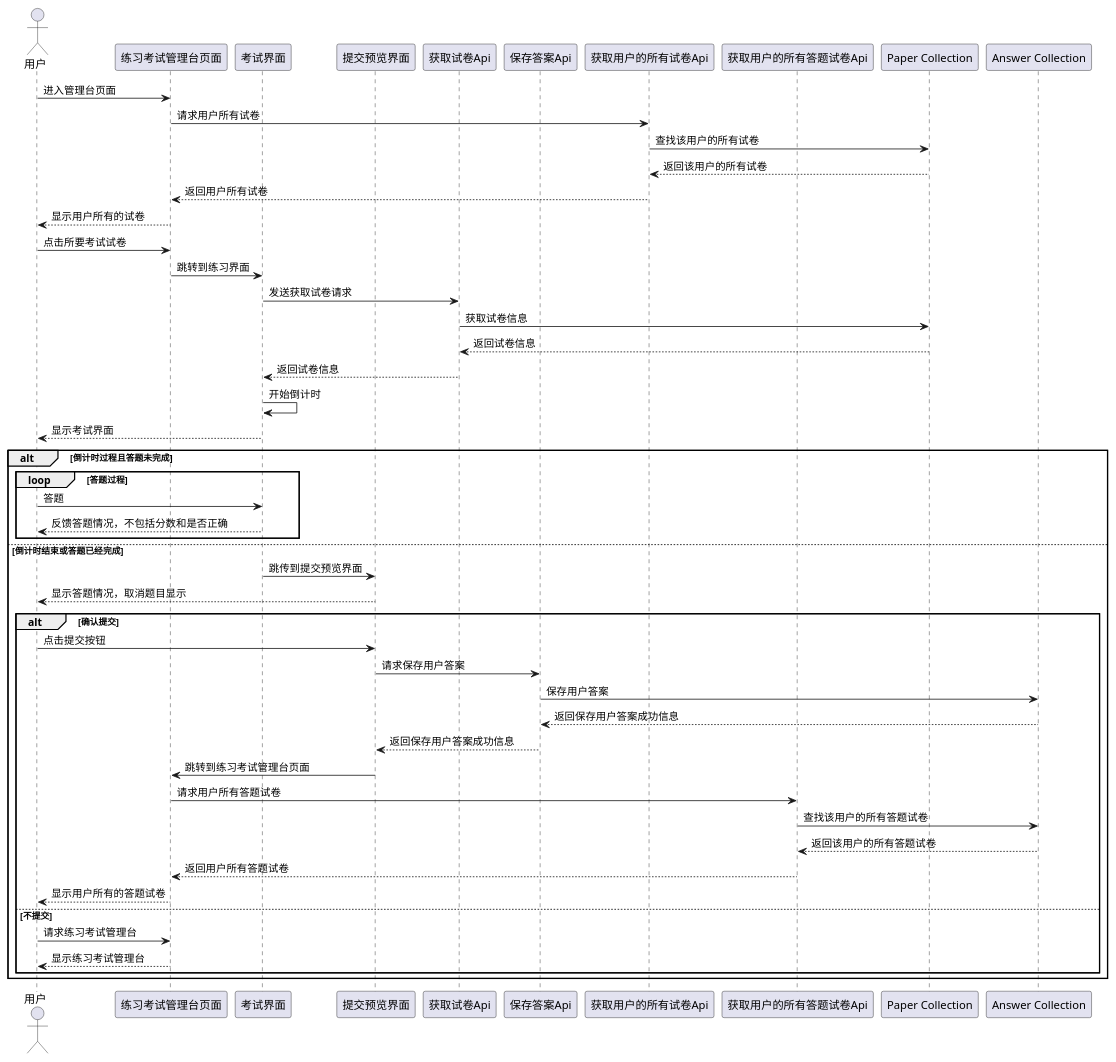
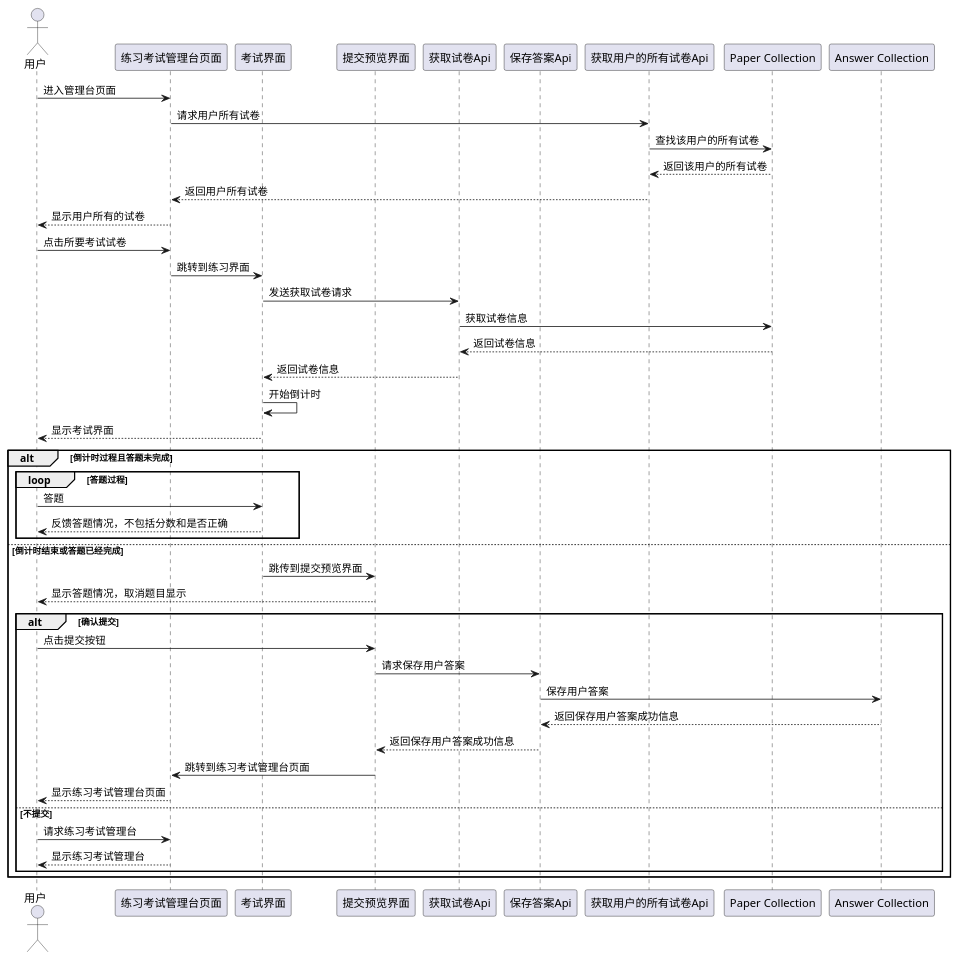
One commit to ringoyungpo/cetutor-doc changed diagram 12 of 13 in cetutor.md. Above: the diagram before and after it, drawn with PlantUML.

Commit message:
fix test complete

````diff
--- a/cetutor.md
+++ b/cetutor.md
@@ -709,53 +709,48 @@
 ```puml
 actor 用户 as A
 participant "练习考试管理台页面" as B
 participant "考试界面" as C
 participant "提交预览界面" as G
 participant "获取试卷Api" as D
 participant "保存答案Api" as H
 participant "获取用户的所有试卷Api" as E
-participant "获取用户的所有答题试卷Api" as J
 participant "Paper Collection" as F
 participant "Answer Collection" as I
 
 A -> B: 进入管理台页面
 B -> E: 请求用户所有试卷
 E -> F: 查找该用户的所有试卷
 E <-- F: 返回该用户的所有试卷
 B <-- E: 返回用户所有试卷
 A <-- B: 显示用户所有的试卷
 
 A -> B: 点击所要考试试卷
 B -> C: 跳转到练习界面
 C -> D: 发送获取试卷请求
 D -> F: 获取试卷信息
 D <-- F: 返回试卷信息
 C <-- D: 返回试卷信息
 C -> C: 开始倒计时
 A <-- C: 显示考试界面
 alt 倒计时过程且答题未完成
 	loop 答题过程
 		A -> C: 答题
 		A <-- C: 反馈答题情况，不包括分数和是否正确
 	end
 else 倒计时结束或答题已经完成
 C -> G: 跳传到提交预览界面
 A <-- G: 显示答题情况，取消题目显示
 	alt 确认提交
 		A -> G: 点击提交按钮
 		G -> H: 请求保存用户答案
 		H -> I: 保存用户答案
 		H <-- I: 返回保存用户答案成功信息
 		G <-- H: 返回保存用户答案成功信息
 		G -> B: 跳转到练习考试管理台页面
-		B -> J: 请求用户所有答题试卷
-		J -> I: 查找该用户的所有答题试卷
-		J <-- I: 返回该用户的所有答题试卷
-		B <-- J: 返回用户所有答题试卷
-		A <-- B: 显示用户所有的答题试卷
+		A <-- B: 显示练习考试管理台页面
 	else 不提交
 		A -> B: 请求练习考试管理台
 		A <-- B: 显示练习考试管理台
 	end
 end
 ```
````
